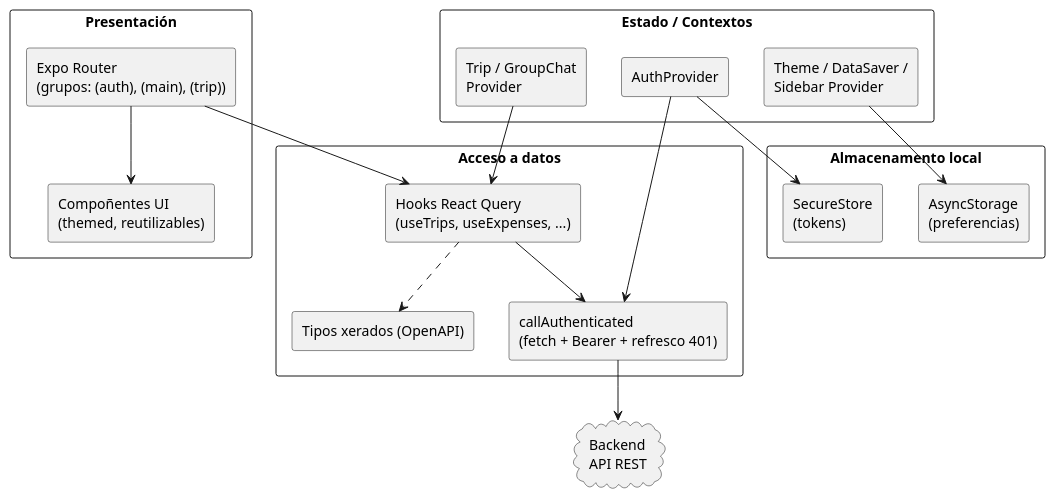
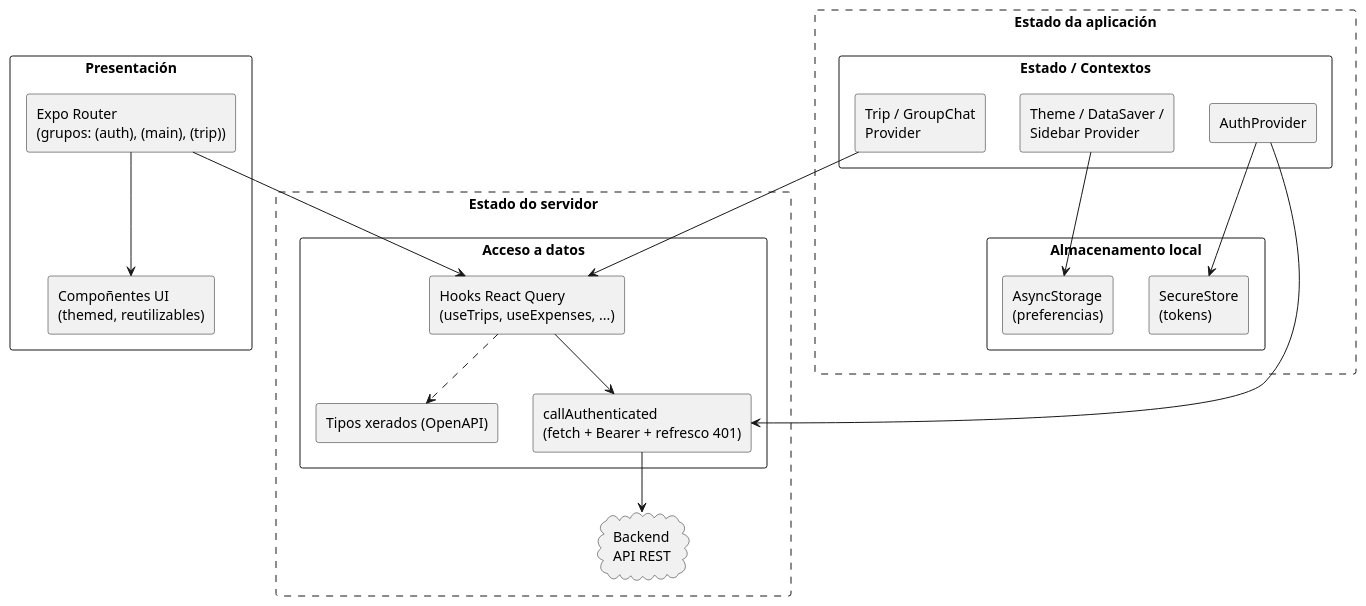
The diagram in memoria/diagrams/frontend-arquitectura.puml (JorgeOteroPailos/tfg), drawn with PlantUML before and after one commit. The commit also changed 48 other files, not shown here.

```diff
--- a/memoria/diagrams/frontend-arquitectura.puml
+++ b/memoria/diagrams/frontend-arquitectura.puml
@@ -1,40 +1,44 @@
 @startuml frontend-arquitectura
 skinparam shadowing false
 skinparam componentStyle rectangle
 skinparam packageStyle rectangle
 top to bottom direction
 
 package "Presentación" {
   component "Expo Router\n(grupos: (auth), (main), (trip))" as router
   component "Compoñentes UI\n(themed, reutilizables)" as ui
 }
 
-package "Estado / Contextos" {
-  component "AuthProvider" as ctxAuth
-  component "Theme / DataSaver /\nSidebar Provider" as ctxUi
-  component "Trip / GroupChat\nProvider" as ctxTrip
+package "Estado da aplicación" as estadoApp #line.dashed {
+  package "Estado / Contextos" {
+    component "AuthProvider" as ctxAuth
+    component "Theme / DataSaver /\nSidebar Provider" as ctxUi
+    component "Trip / GroupChat\nProvider" as ctxTrip
+  }
+
+  package "Almacenamento local" {
+    component "SecureStore\n(tokens)" as secure
+    component "AsyncStorage\n(preferencias)" as async
+  }
 }
 
-package "Acceso a datos" {
-  component "Hooks React Query\n(useTrips, useExpenses, ...)" as hooks
-  component "callAuthenticated\n(fetch + Bearer + refresco 401)" as call
-  component "Tipos xerados (OpenAPI)" as types
+package "Estado do servidor" as estadoSrv #line.dashed {
+  package "Acceso a datos" {
+    component "Hooks React Query\n(useTrips, useExpenses, ...)" as hooks
+    component "callAuthenticated\n(fetch + Bearer + refresco 401)" as call
+    component "Tipos xerados (OpenAPI)" as types
+  }
+
+  cloud "Backend\nAPI REST" as api
 }
-
-package "Almacenamento local" {
-  component "SecureStore\n(tokens)" as secure
-  component "AsyncStorage\n(preferencias)" as async
-}
-
-cloud "Backend\nAPI REST" as api
 
 router --> ui
 router --> hooks
 ctxAuth --> call
 hooks --> call
 call --> api
 hooks ..> types
 ctxAuth --> secure
 ctxUi --> async
 ctxTrip --> hooks
 @enduml
```
